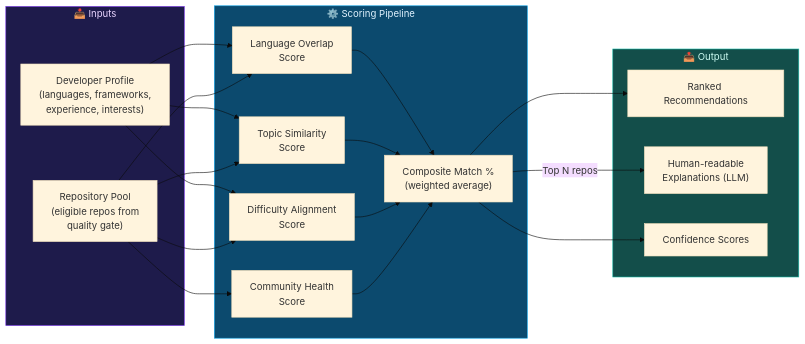
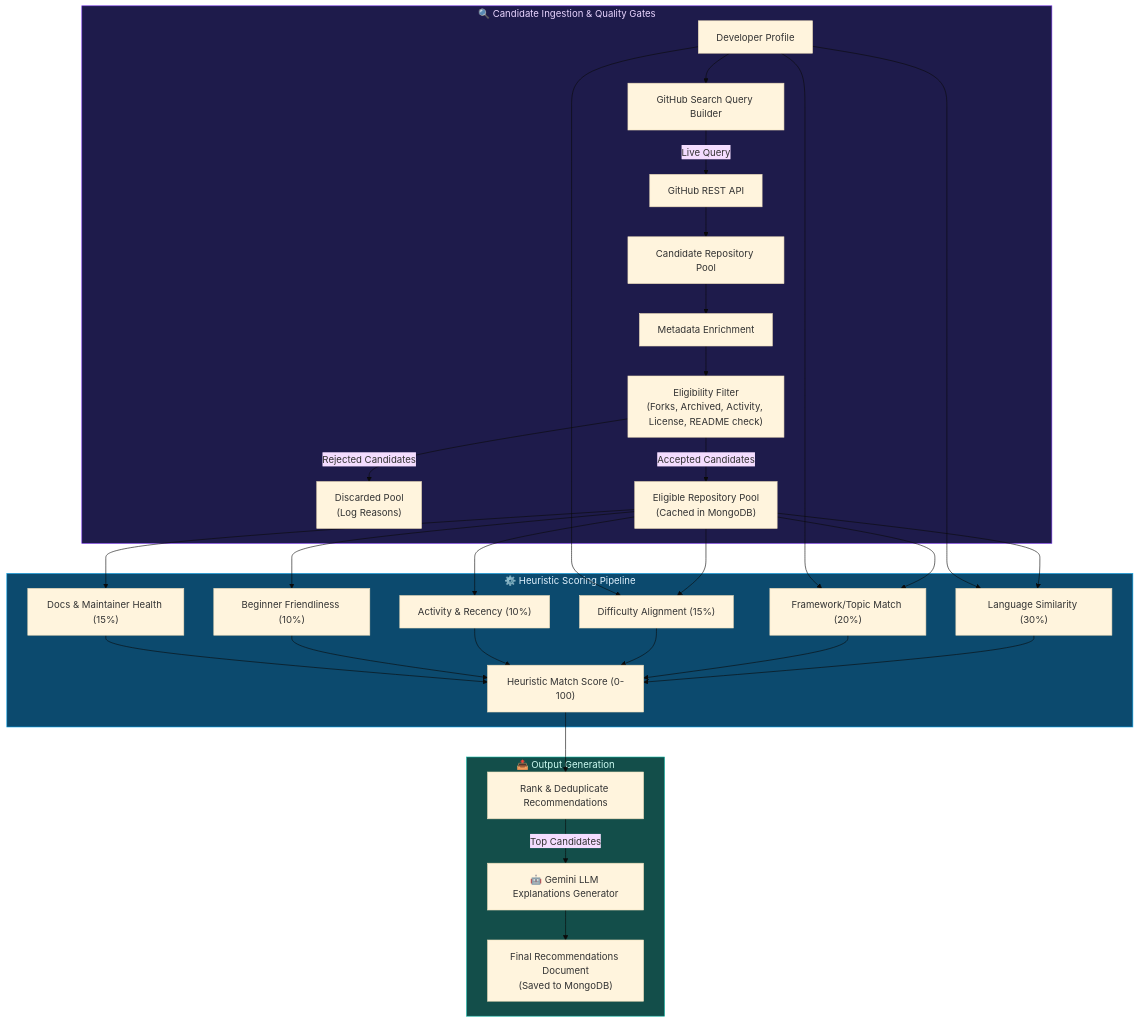
The fifth of 13 diagrams in APP_ARCHITECTURE.md (MuditIsOP/OpenScout.ai), drawn with Mermaid (base theme) before and after one commit. The commit also changed other lines of this file and 6 other files, not shown here.

Commit message:
docs: refine Phase 1 scope, update authentication and database schema, and document project phase boundaries.

````diff
--- a/APP_ARCHITECTURE.md
+++ b/APP_ARCHITECTURE.md
@@ -162,32 +164,35 @@
 ```mermaid
-flowchart LR
-    subgraph Inputs["📥 Inputs"]
-        Profile["Developer Profile<br/>(languages, frameworks,<br/>experience, interests)"]
-        RepoPool["Repository Pool<br/>(eligible repos from<br/>quality gate)"]
+flowchart TD
+    subgraph Discovery["🔍 Candidate Ingestion & Quality Gates"]
+        A["Developer Profile"] --> B["GitHub Search Query Builder"]
+        B -->|"Live Query"| C["GitHub REST API"]
+        C --> D["Candidate Repository Pool"]
+        D --> E["Metadata Enrichment"]
+        E --> F["Eligibility Filter<br/>(Forks, Archived, Activity, License, README check)"]
+        F -->|"Rejected Candidates"| F1["Discarded Pool<br/>(Log Reasons)"]
+        F -->|"Accepted Candidates"| G["Eligible Repository Pool<br/>(Cached in MongoDB)"]
     end
 
-    subgraph Scoring["⚙️ Scoring Pipeline"]
-        LangMatch["Language Overlap<br/>Score"]
-        TopicMatch["Topic Similarity<br/>Score"]
-        DiffMatch["Difficulty Alignment<br/>Score"]
-        HealthMatch["Community Health<br/>Score"]
-        Composite["Composite Match %<br/>(weighted average)"]
+    subgraph Scoring["⚙️ Heuristic Scoring Pipeline"]
+        G --> H1["Language Similarity (30%)"]
+        G --> H2["Framework/Topic Match (20%)"]
+        G --> H3["Difficulty Alignment (15%)"]
+        G --> H4["Activity & Recency (10%)"]
+        G --> H5["Beginner Friendliness (10%)"]
+        G --> H6["Docs & Maintainer Health (15%)"]
+        
+        A --> H1 & H2 & H3
+        
+        H1 & H2 & H3 & H4 & H5 & H6 --> I["Heuristic Match Score (0-100)"]
     end
 
-    subgraph Output["📤 Output"]
-        Ranked["Ranked Recommendations"]
-        Reasons["Human-readable<br/>Explanations (LLM)"]
-        Confidence["Confidence Scores"]
+    subgraph Output["📤 Output Generation"]
+        I --> J["Rank & Deduplicate Recommendations"]
+        J -->|"Top Candidates"| K["🤖 Gemini LLM Explanations Generator"]
+        K --> L["Final Recommendations Document<br/>(Saved to MongoDB)"]
     end
 
-    Profile --> LangMatch & TopicMatch & DiffMatch
-    RepoPool --> LangMatch & TopicMatch & DiffMatch & HealthMatch
-    LangMatch & TopicMatch & DiffMatch & HealthMatch --> Composite
-    Composite --> Ranked
-    Composite -->|"Top N repos"| Reasons
-    Composite --> Confidence
-
-    style Inputs fill:#1e1b4b,stroke:#7c3aed,color:#e9d5ff
+    style Discovery fill:#1e1b4b,stroke:#7c3aed,color:#e9d5ff
     style Scoring fill:#0c4a6e,stroke:#0ea5e9,color:#e0f2fe
     style Output fill:#134e4a,stroke:#14b8a6,color:#ccfbf1
 ```
````
